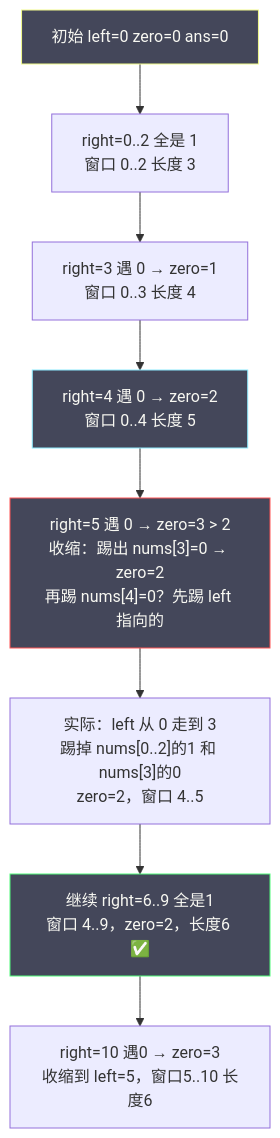
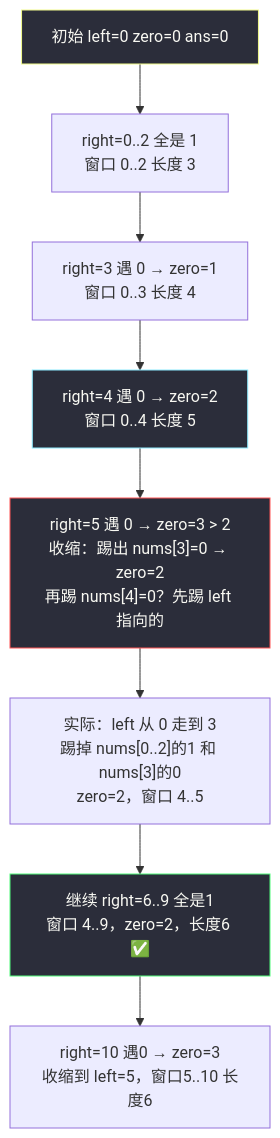
Before and after one commit to socoo123/algorithm_pratices_web: the second of 2 diagrams in solutions/base/max-consecutive-ones-iii.md, drawn with Mermaid. The commit also changed other lines of this file and 10 other files, not shown here.

First line of the commit message:
Fix Mermaid contrast on parchment theme and add #438 solution.

````diff
--- a/solutions/base/max-consecutive-ones-iii.md
+++ b/solutions/base/max-consecutive-ones-iii.md
@@ -171,15 +171,15 @@
 ```mermaid
 flowchart TD
     S0["初始 left=0 zero=0 ans=0"] --> S1["right=0..2 全是 1<br/>窗口 0..2 长度 3"]
     S1 --> S2["right=3 遇 0 → zero=1<br/>窗口 0..3 长度 4"]
     S2 --> S3["right=4 遇 0 → zero=2<br/>窗口 0..4 长度 5"]
     S3 --> S4["right=5 遇 0 → zero=3 > 2<br/>收缩：踢出 nums[3]=0 → zero=2<br/>再踢 nums[4]=0？先踢 left 指向的"]
     S4 --> S5["实际：left 从 0 走到 3<br/>踢掉 nums[0..2]的1 和 nums[3]的0<br/>zero=2，窗口 4..5"]
     S5 --> S6["继续 right=6..9 全是1<br/>窗口 4..9，zero=2，长度6 ✅"]
     S6 --> S7["right=10 遇0 → zero=3<br/>收缩到 left=5，窗口5..10 长度6"]
 
-    style S0 fill:#44475a,stroke:#f1fa8c,color:#f8f8f2
-    style S3 fill:#44475a,stroke:#8be9fd,color:#f8f8f2
-    style S4 fill:#44475a,stroke:#ff5555,color:#f8f8f2
-    style S6 fill:#44475a,stroke:#50fa7b,color:#f8f8f2
+    style S0 fill:#2b2d3a,stroke:#f1fa8c,color:#f8f8f2
+    style S3 fill:#2b2d3a,stroke:#8be9fd,color:#f8f8f2
+    style S4 fill:#2b2d3a,stroke:#ff5555,color:#f8f8f2
+    style S6 fill:#2b2d3a,stroke:#50fa7b,color:#f8f8f2
 ```
````
